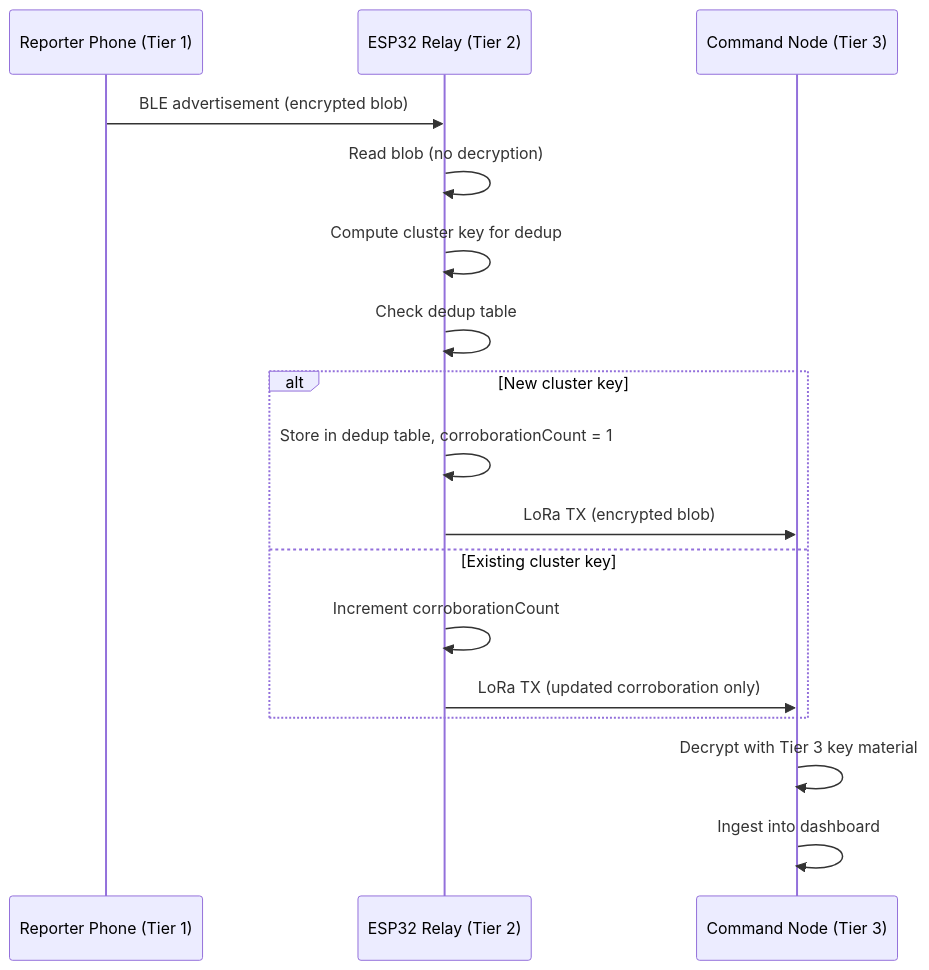
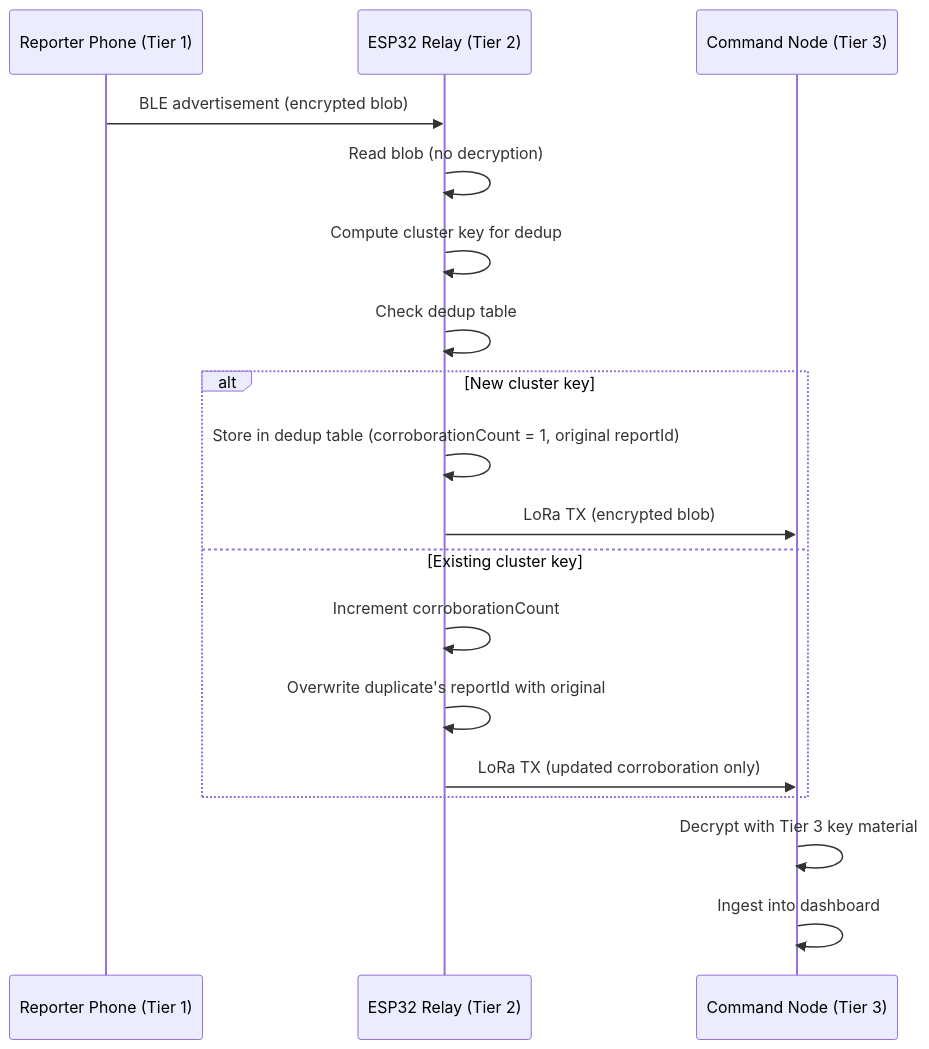
The third of 6 diagrams in docs/WIRING.md (AniruddhaK07/Emergency-Mesh-V1), drawn with Mermaid before and after one commit. The commit also changed other lines of this file and 13 other files, not shown here.

First line of the commit message:
fix(arch): crypto Noise_N, struct widening for NULL_LOC, relay corroboration merge, and bottleneck audits

````diff
--- a/docs/WIRING.md
+++ b/docs/WIRING.md
@@ -72,20 +72,21 @@
 ```mermaid
 sequenceDiagram
     participant Phone as Reporter Phone (Tier 1)
     participant Relay as ESP32 Relay (Tier 2)
     participant Cmd as Command Node (Tier 3)
 
     Phone->>Relay: BLE advertisement (encrypted blob)
     Relay->>Relay: Read blob (no decryption)
     Relay->>Relay: Compute cluster key for dedup
     Relay->>Relay: Check dedup table
     alt New cluster key
-        Relay->>Relay: Store in dedup table, corroborationCount = 1
+        Relay->>Relay: Store in dedup table (corroborationCount = 1, original reportId)
         Relay->>Cmd: LoRa TX (encrypted blob)
     else Existing cluster key
         Relay->>Relay: Increment corroborationCount
+        Relay->>Relay: Overwrite duplicate's reportId with original
         Relay->>Cmd: LoRa TX (updated corroboration only)
     end
     Cmd->>Cmd: Decrypt with Tier 3 key material
     Cmd->>Cmd: Ingest into dashboard
 ```
````
